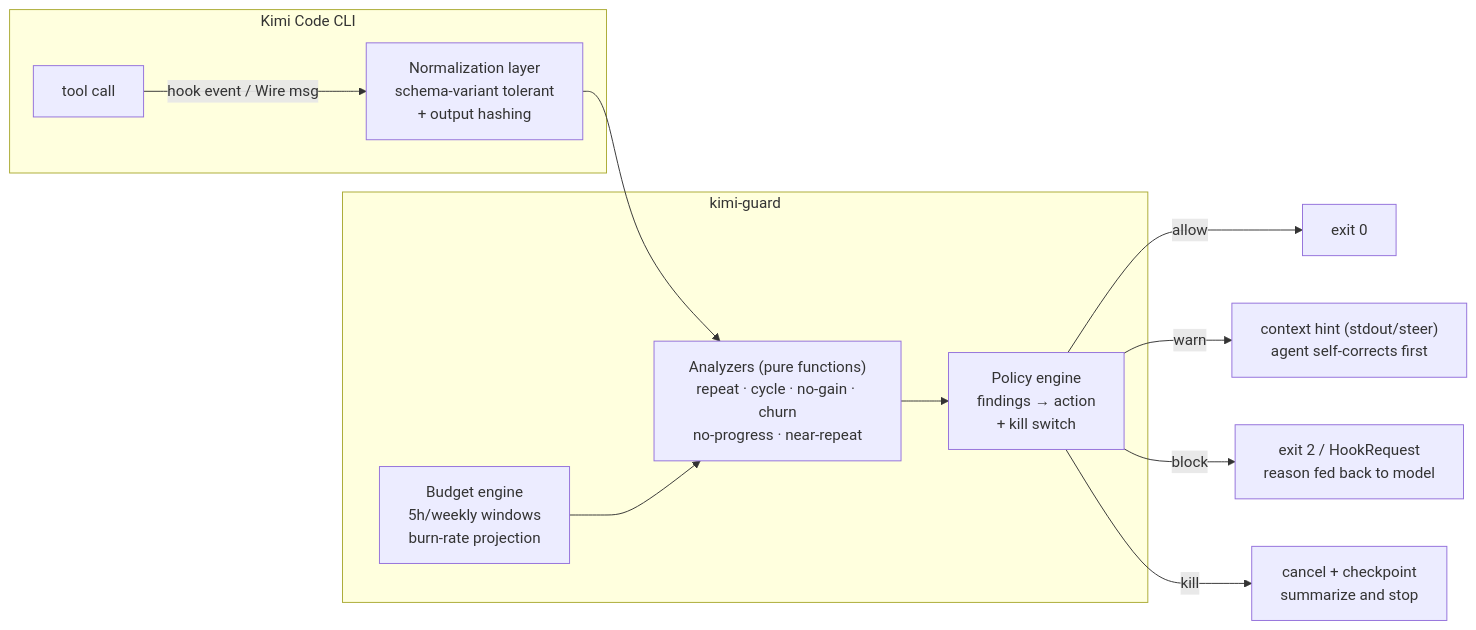
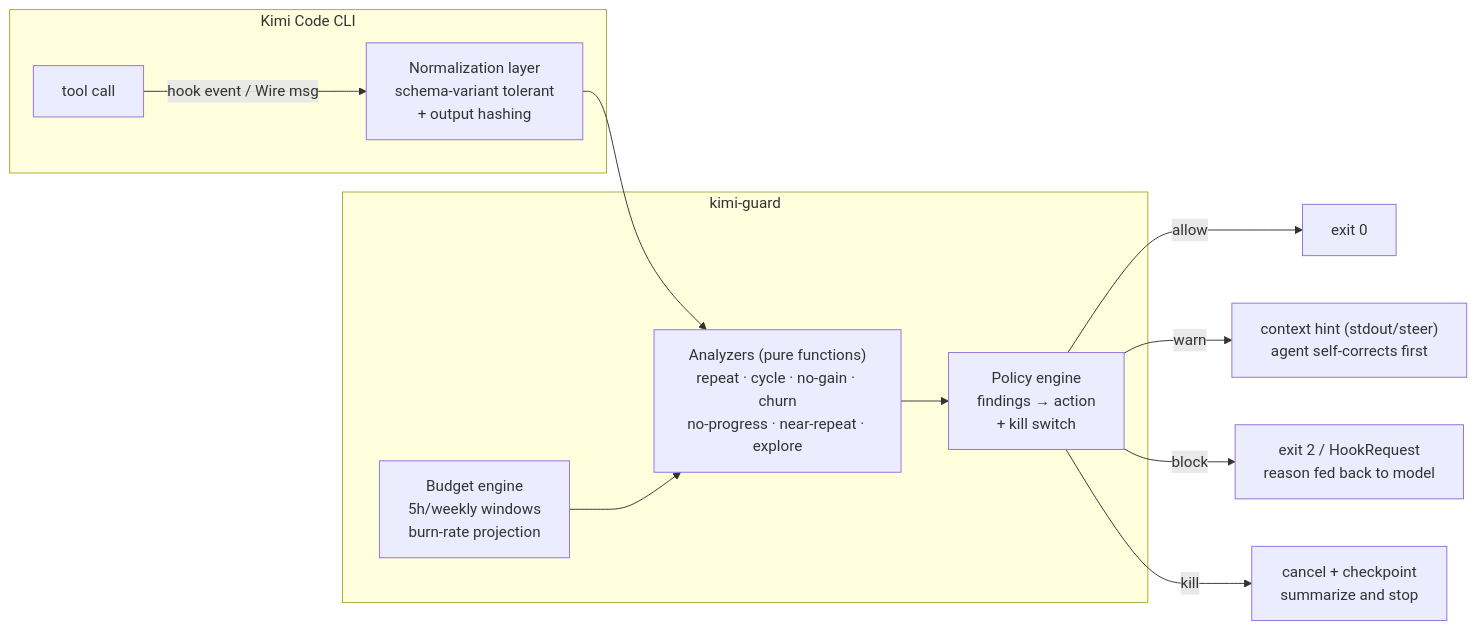
Before and after one commit to shidesheng0218/kimi-guard: the first of 2 diagrams in README.md, drawn with Mermaid. The commit also changed other lines of this file and 19 other files, not shown here.

````diff
--- a/README.md
+++ b/README.md
@@ -207,15 +219,15 @@
 ```mermaid
 flowchart LR
     subgraph KIMI["Kimi Code CLI"]
         A["tool call"] -->|"hook event / Wire msg"| B
     end
     subgraph GUARD["kimi-guard"]
-        B["Normalization layer<br/>schema-variant tolerant<br/>+ output hashing"] --> C["Analyzers (pure functions)<br/>repeat · cycle · no-gain · churn<br/>no-progress · near-repeat"]
+        B["Normalization layer<br/>schema-variant tolerant<br/>+ output hashing"] --> C["Analyzers (pure functions)<br/>repeat · cycle · no-gain · churn<br/>no-progress · near-repeat · explore"]
         M["Budget engine<br/>5h/weekly windows<br/>burn-rate projection"] --> C
         C --> D["Policy engine<br/>findings → action<br/>+ kill switch"]
     end
     D -->|"allow"| E["exit 0"]
     D -->|"warn"| F["context hint (stdout/steer)<br/>agent self-corrects first"]
     D -->|"block"| G["exit 2 / HookRequest<br/>reason fed back to model"]
     D -->|"kill"| H["cancel + checkpoint<br/>summarize and stop"]
 ```
````
